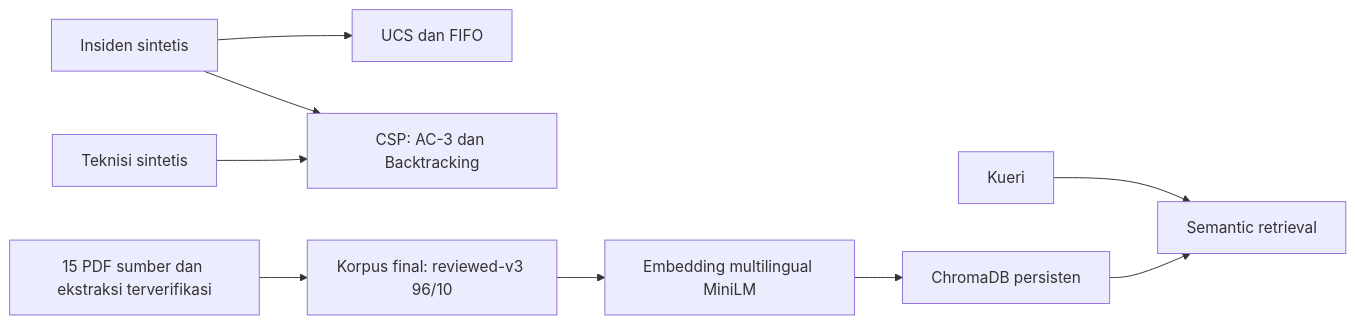
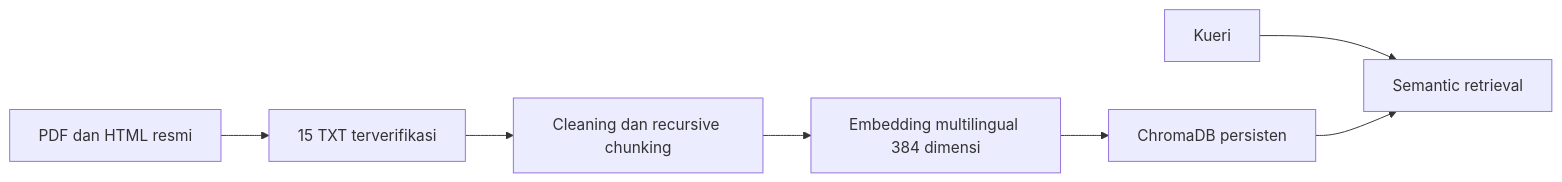
The diagram in README.md (RonyPangaribuan/Proyek-Certan), drawn with Mermaid before and after one commit. The commit also changed other lines of this file and 171 other files, not shown here.

````diff
--- a/README.md
+++ b/README.md
@@ -19,11 +37,9 @@
 ```mermaid
 flowchart LR
-    I[Insiden sintetis] --> M1[UCS dan FIFO]
-    I --> M2[CSP: AC-3 dan Backtracking]
-    T[Teknisi sintetis] --> M2
-    P[15 PDF sumber dan ekstraksi terverifikasi] --> C[Korpus final: reviewed-v3 96/10]
-    C --> E[Embedding multilingual MiniLM]
-    E --> V[ChromaDB persisten]
-    Q[Kueri] --> R[Semantic retrieval]
-    V --> R
+  S[PDF dan HTML resmi] --> T[15 TXT terverifikasi]
+  T --> C[Cleaning dan recursive chunking]
+  C --> E[Embedding multilingual 384 dimensi]
+  E --> V[ChromaDB persisten]
+  Q[Kueri] --> R[Semantic retrieval]
+  V --> R
 ```
````
